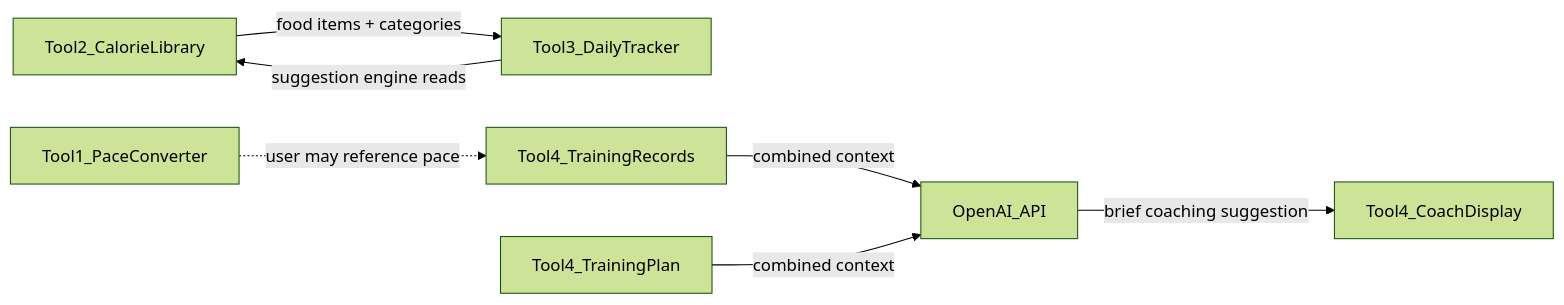
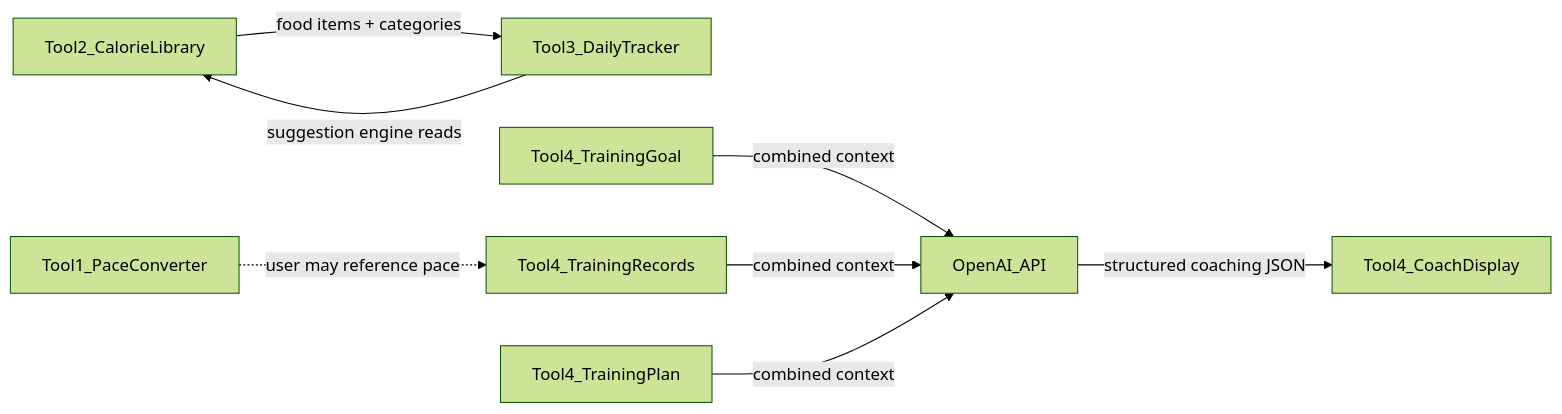
The first of 3 diagrams in doc/systemDesign.md (DanielZheng916/fitHelper), drawn with Mermaid (forest theme) before and after one commit. The commit also changed other lines of this file and 14 other files, not shown here.

First line of the commit message:
feat: enhance AI coach — goal input, structured JSON response, plan trigger, gpt-5.4 upgrade

````diff
--- a/doc/systemDesign.md
+++ b/doc/systemDesign.md
@@ -34,9 +34,10 @@
 ```mermaid
 flowchart LR
     T2[Tool2_CalorieLibrary] -->|food items + categories| T3[Tool3_DailyTracker]
     T3 -->|suggestion engine reads| T2
-    T4Records[Tool4_TrainingRecords] -->|combined context| AI[OpenAI_API]
+    T4Goal[Tool4_TrainingGoal] -->|combined context| AI[OpenAI_API]
+    T4Records[Tool4_TrainingRecords] -->|combined context| AI
     T4Plan[Tool4_TrainingPlan] -->|combined context| AI
-    AI -->|brief coaching suggestion| T4Display[Tool4_CoachDisplay]
+    AI -->|structured coaching JSON| T4Display[Tool4_CoachDisplay]
     T1[Tool1_PaceConverter] -.->|user may reference pace| T4Records
 ```
````
